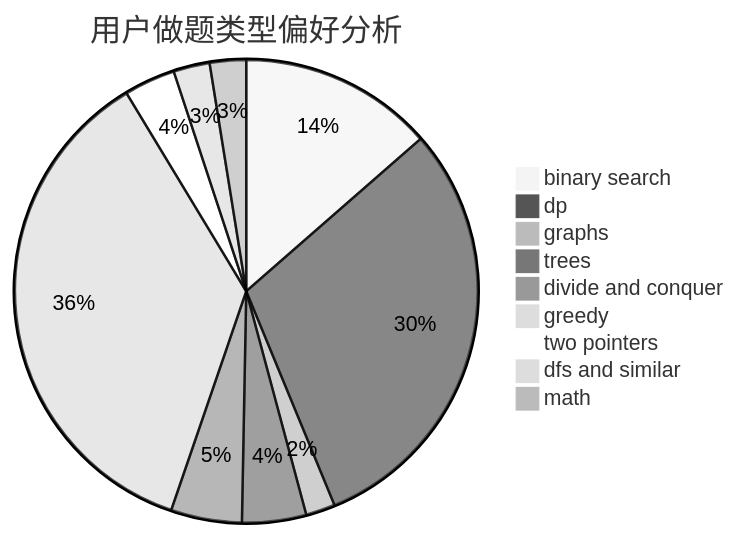
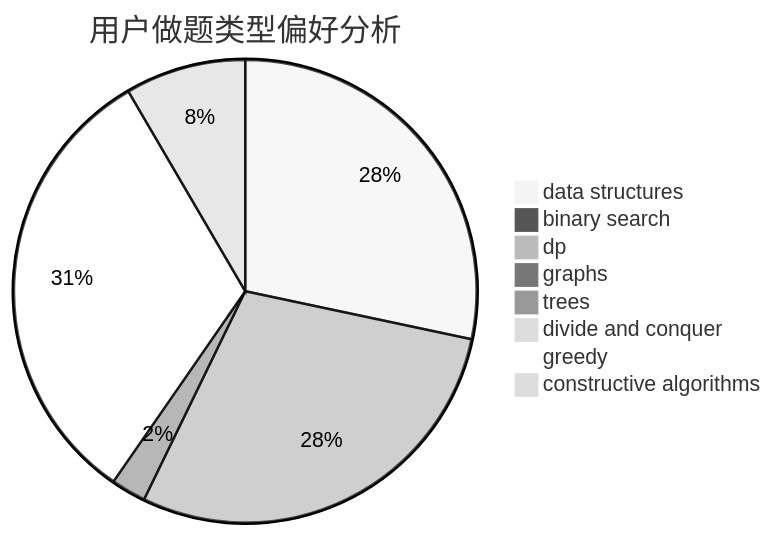
One commit to sherpahu/cfrs.github.io changed the second of 3 diagrams in docs/user/u1913.md. Above: the diagram before and after it, drawn with Mermaid (neutral theme). The commit also changed other lines of this file and 2775 other files, not shown here.

````diff
--- a/docs/user/u1913.md
+++ b/docs/user/u1913.md
@@ -23,12 +23,11 @@
 ```mermaid
 pie title 用户做题类型偏好分析
-    "binary search" :  364
-    "dp" :  810
-    "graphs" :  55
-    "trees" :  120
-    "divide and conquer" :  133
-    "greedy" :  968
-    "two pointers" :  96
-    "dfs and similar" :  68
-    "math" :  68
+    "data structures" :  407
+    "binary search" :  3
+    "dp" :  415
+    "graphs" :  10
+    "trees" :  35
+    "divide and conquer" :  11
+    "greedy" :  459
+    "constructive algorithms" :  121
 ```
````
